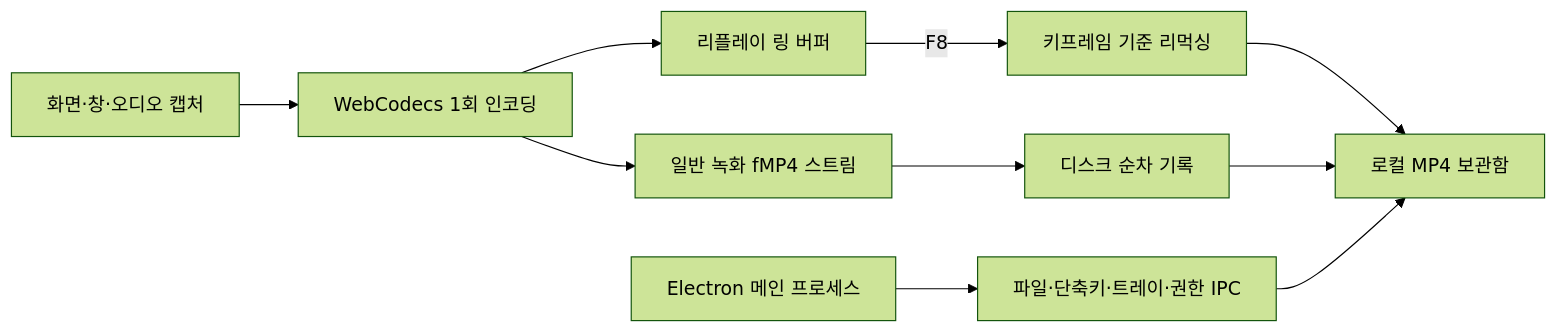
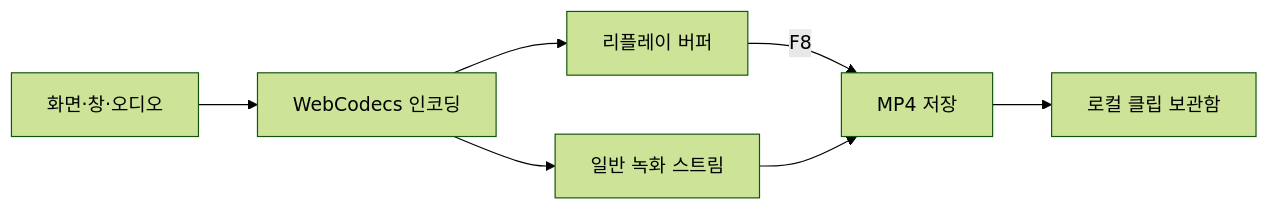
Before and after one commit to kwakhyun/pulseclip: the diagram in README.md, drawn with Mermaid (forest theme). The commit also changed other lines of this file and 115 other files, not shown here.

````diff
--- a/README.md
+++ b/README.md
@@ -129,12 +117,9 @@
 ```mermaid
 flowchart LR
-  A[화면·창·오디오 캡처] --> B[WebCodecs 1회 인코딩]
-  B --> C[리플레이 링 버퍼]
-  B --> D[일반 녹화 fMP4 스트림]
-  C -->|F8| E[키프레임 기준 리먹싱]
-  D --> F[디스크 순차 기록]
-  E --> G[로컬 MP4 보관함]
-  F --> G
-  H[Electron 메인 프로세스] --> I[파일·단축키·트레이·권한 IPC]
-  I --> G
+  A[화면·창·오디오] --> B[WebCodecs 인코딩]
+  B --> C[리플레이 버퍼]
+  B --> D[일반 녹화 스트림]
+  C -->|F8| E[MP4 저장]
+  D --> E
+  E --> F[로컬 클립 보관함]
 ```
````
